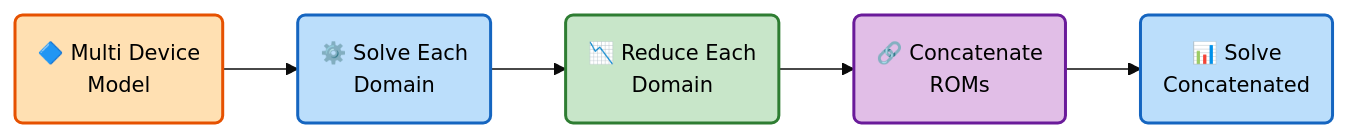
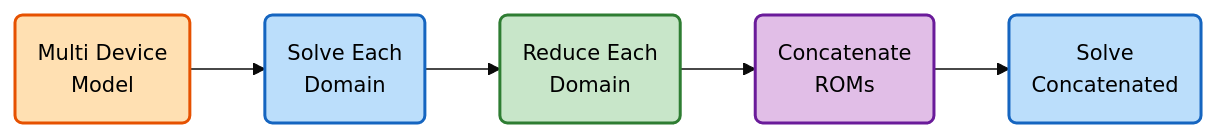
One commit to Dark-Elektron/cavsim3d changed the fourth of 6 diagrams in docs/architecture.md. Above: the diagram before and after it, drawn with Mermaid. The commit also changed other lines of this file and 41 other files, not shown here.

````diff
--- a/docs/architecture.md
+++ b/docs/architecture.md
@@ -42,9 +42,9 @@
 ```mermaid
 %%{init: {'theme': 'base', 'themeVariables': {'fontSize': '14px'}}}%%
 graph LR
-    A4("🔷 Multi Device<br/>Model"):::input --> B4("⚙️ Solve Each<br/>Domain"):::process --> C4("📉 Reduce Each<br/>Domain"):::output --> D4("🔗 Concatenate<br/>ROMs"):::concat --> E4("📊 Solve<br/>Concatenated"):::process
+    A4("Multi Device<br/>Model"):::input --> B4("Solve Each<br/>Domain"):::process --> C4("Reduce Each<br/>Domain"):::output --> D4("Concatenate<br/>ROMs"):::concat --> E4("Solve<br/>Concatenated"):::process
     classDef input fill:#ffe0b2,stroke:#e65100,stroke-width:2px,color:#000
     classDef process fill:#bbdefb,stroke:#1565c0,stroke-width:2px,color:#000
     classDef output fill:#c8e6c9,stroke:#2e7d32,stroke-width:2px,color:#000
     classDef concat fill:#e1bee7,stroke:#6a1b9a,stroke-width:2px,color:#000
 ```
````
